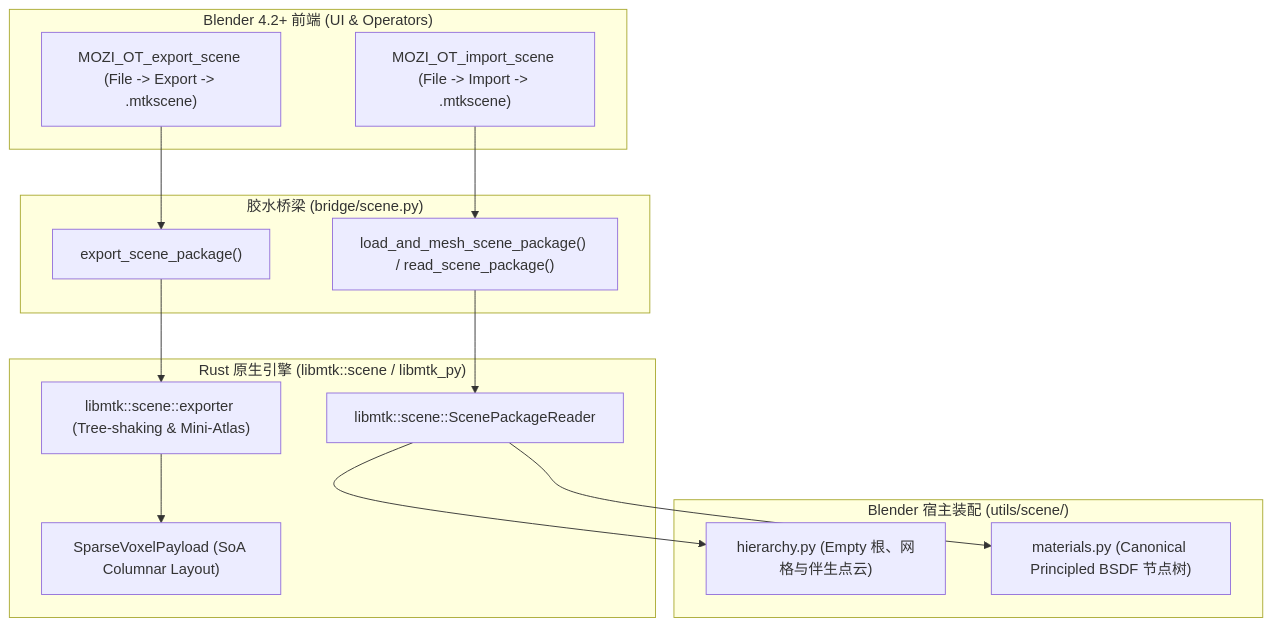
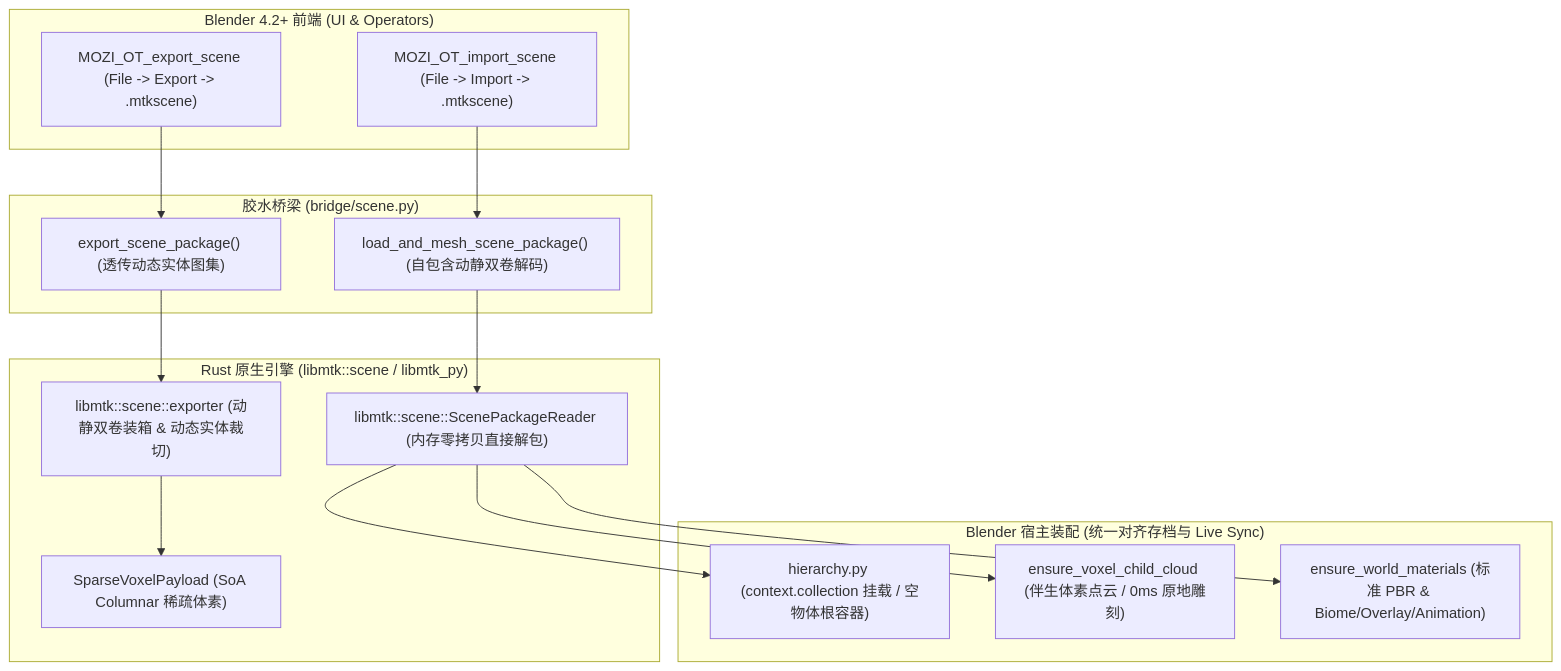
The diagram in docs/scene/scene_interchange.md (mozi1924/MoziToolKit), drawn with Mermaid before and after one commit. The commit also changed other lines of this file and 12 other files, not shown here.

Commit message:
feat: add animated texture support and dynamic entity atlas handling for scene interchange packages

````diff
--- a/docs/scene/scene_interchange.md
+++ b/docs/scene/scene_interchange.md
@@ -29,32 +30,34 @@
 ```mermaid
 graph TD
     subgraph DCC_UI["Blender 4.2+ 前端 (UI & Operators)"]
         EXP_OP["MOZI_OT_export_scene (File -> Export -> .mtkscene)"]
         IMP_OP["MOZI_OT_import_scene (File -> Import -> .mtkscene)"]
     end
 
     subgraph Bridge_Layer["胶水桥梁 (bridge/scene.py)"]
-        EXP_BRIDGE["export_scene_package()"]
-        IMP_BRIDGE["load_and_mesh_scene_package() / read_scene_package()"]
+        EXP_BRIDGE["export_scene_package() (透传动态实体图集)"]
+        IMP_BRIDGE["load_and_mesh_scene_package() (自包含动静双卷解码)"]
     end
 
     subgraph Rust_Core["Rust 原生引擎 (libmtk::scene / libmtk_py)"]
-        SCENE_EXP["libmtk::scene::exporter (Tree-shaking & Mini-Atlas)"]
-        SCENE_RDR["libmtk::scene::ScenePackageReader"]
-        SPARSE_VOX["SparseVoxelPayload (SoA Columnar Layout)"]
+        SCENE_EXP["libmtk::scene::exporter (动静双卷装箱 & 动态实体裁切)"]
+        SCENE_RDR["libmtk::scene::ScenePackageReader (内存零拷贝直接解包)"]
+        SPARSE_VOX["SparseVoxelPayload (SoA Columnar 稀疏体素)"]
     end
 
-    subgraph Assembly["Blender 宿主装配 (utils/scene/)"]
-        HIERARCHY["hierarchy.py (Empty 根、网格与伴生点云)"]
-        MATERIALS["materials.py (Canonical Principled BSDF 节点树)"]
+    subgraph Assembly["Blender 宿主装配 (统一对齐存档与 Live Sync)"]
+        HIERARCHY["hierarchy.py (context.collection 挂载 / 空物体根容器)"]
+        CLOUD["ensure_voxel_child_cloud (伴生体素点云 / 0ms 原地雕刻)"]
+        WORLD_BIND["ensure_world_materials (标准 PBR & Biome/Overlay/Animation)"]
     end
 
     EXP_OP --> EXP_BRIDGE
     EXP_BRIDGE --> SCENE_EXP
     SCENE_EXP --> SPARSE_VOX
 
     IMP_OP --> IMP_BRIDGE
     IMP_BRIDGE --> SCENE_RDR
     SCENE_RDR --> HIERARCHY
-    SCENE_RDR --> MATERIALS
+    SCENE_RDR --> CLOUD
+    SCENE_RDR --> WORLD_BIND
 ```
````
